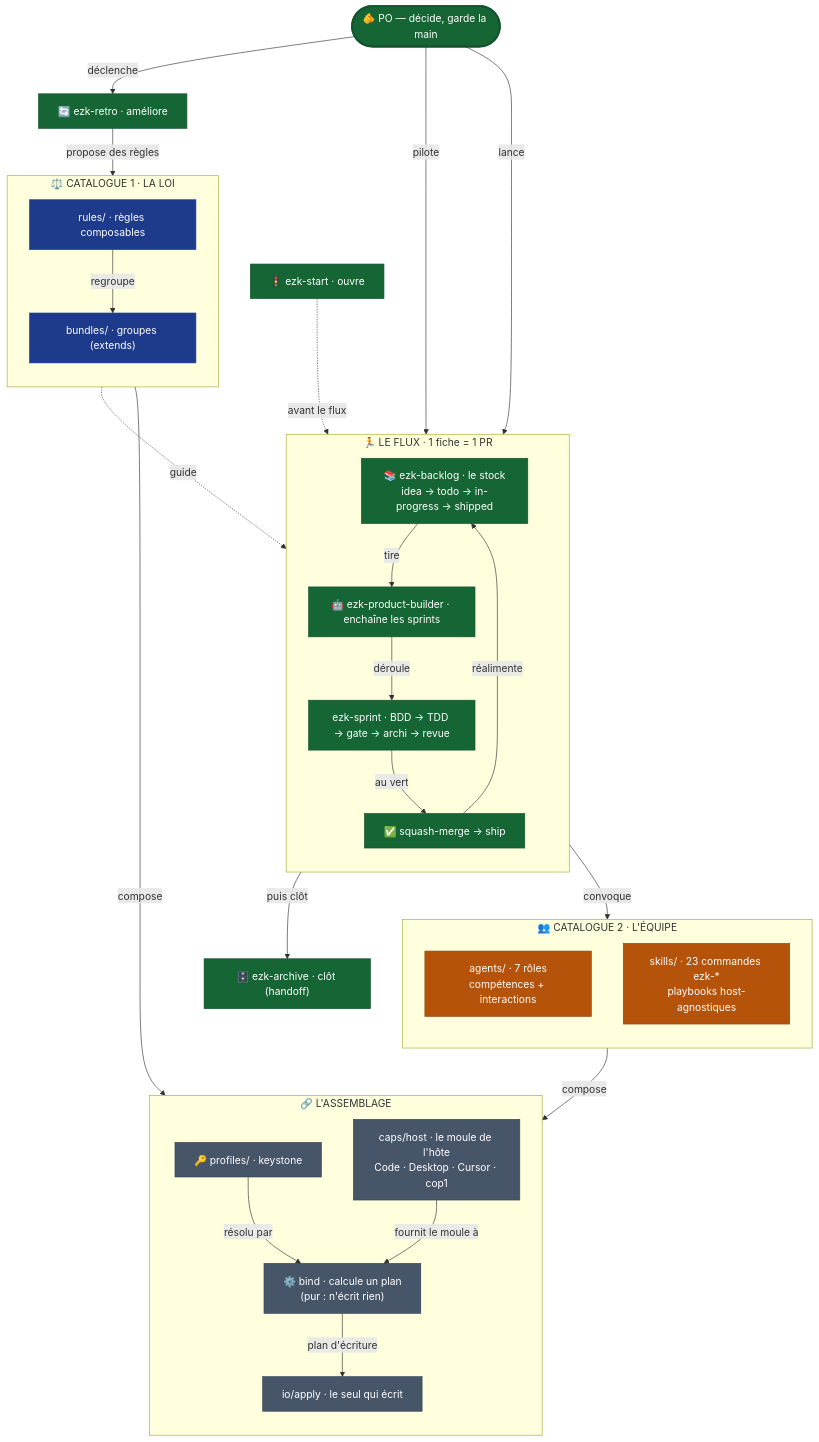
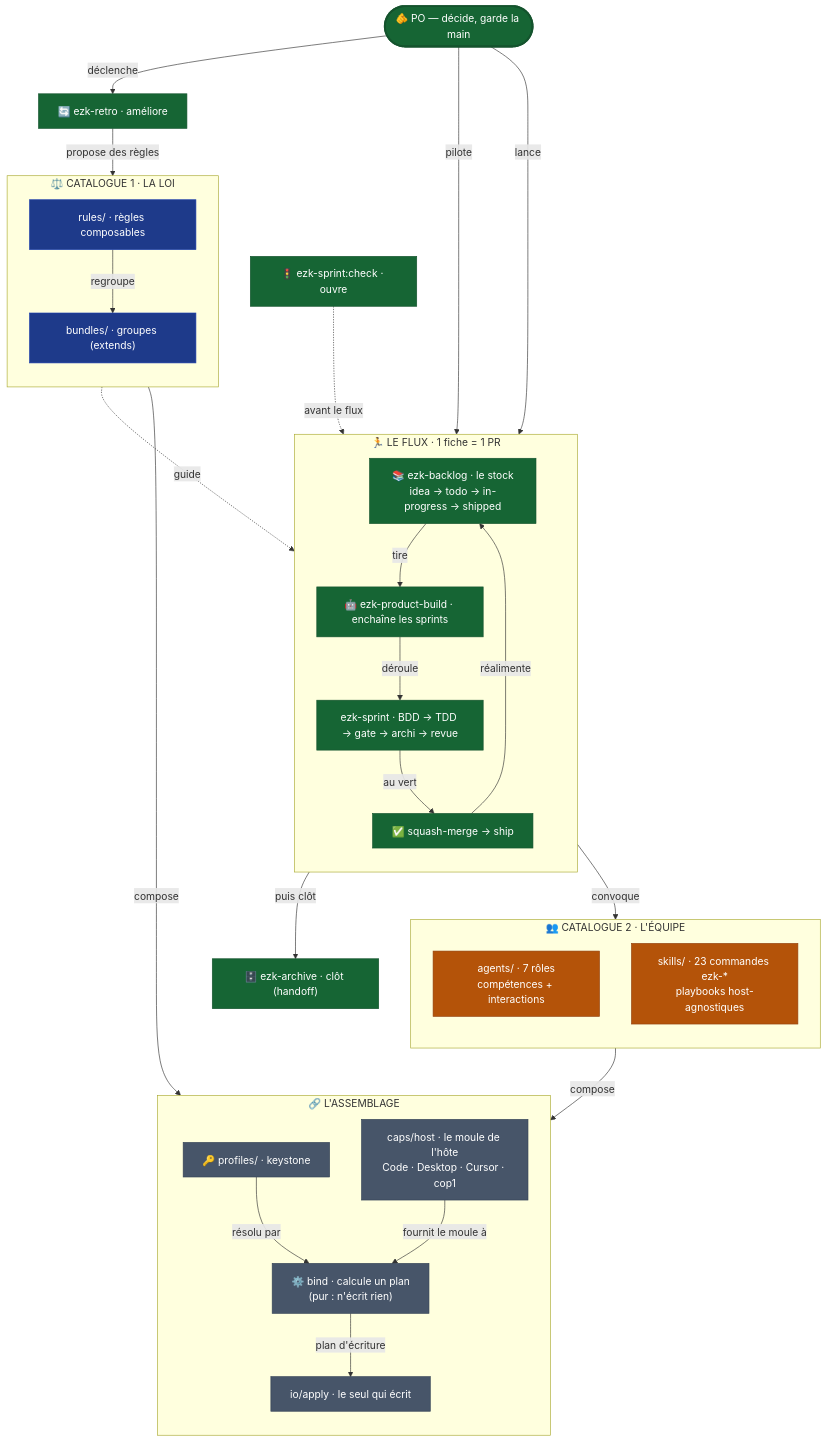
The diagram in diagrams/methode-mega-city/diagram.mmd (elzinko/vectorz), drawn with Mermaid before and after one commit. The commit also changed 164 other files, not shown here.

```diff
--- a/diagrams/methode-mega-city/diagram.mmd
+++ b/diagrams/methode-mega-city/diagram.mmd
@@ -1,57 +1,57 @@
 flowchart TB
     PO(["🫵 PO — décide, garde la main"])
 
     subgraph LOI["⚖️ CATALOGUE 1 · LA LOI"]
         direction TB
         R["rules/ · règles composables"] -->|regroupe| B["bundles/ · groupes (extends)"]
     end
 
     subgraph EQ["👥 CATALOGUE 2 · L'ÉQUIPE"]
         direction TB
         AG["agents/ · 7 rôles<br/>compétences + interactions"]
         SK["skills/ · 23 commandes ezk-*<br/>playbooks host-agnostiques"]
     end
 
     subgraph ASM["🔗 L'ASSEMBLAGE"]
         direction TB
         KEY["🔑 profiles/ · keystone"] -->|résolu par| BIND["⚙️ bind · calcule un plan<br/>(pur : n'écrit rien)"]
         CAPS["caps/host · le moule de l'hôte<br/>Code · Desktop · Cursor · cop1"] -->|fournit le moule à| BIND
         BIND -->|plan d'écriture| APPLY["io/apply · le seul qui écrit"]
     end
 
     subgraph FLOW["🏃 LE FLUX · 1 fiche = 1 PR"]
         direction TB
         BL["📚 ezk-backlog · le stock<br/>idea → todo → in-progress → shipped"]
-        PB["🤖 ezk-product-builder · enchaîne les sprints"]
+        PB["🤖 ezk-product-build · enchaîne les sprints"]
         SP["ezk-sprint · BDD → TDD → gate → archi → revue"]
         SHIP["✅ squash-merge → ship"]
         BL -->|tire| PB -->|déroule| SP -->|au vert| SHIP
     end
 
-    START["🚦 ezk-start · ouvre"]
+    START["🚦 ezk-sprint:check · ouvre"]
     ARCH["🗄️ ezk-archive · clôt (handoff)"]
     RETRO["🔄 ezk-retro · améliore"]
 
     LOI -->|compose| KEY
     EQ -->|compose| KEY
     PO -->|pilote| BL
     PO -->|lance| PB
     SP -->|convoque| AG
     LOI -.->|guide| SP
     SHIP -->|réalimente| BL
     START -.->|avant le flux| BL
     SHIP -->|puis clôt| ARCH
     PO -->|déclenche| RETRO
     RETRO -->|propose des règles| LOI
 
     classDef loi fill:#1e3a8a,stroke:#1e40af,color:#fff;
     classDef eq fill:#b45309,stroke:#92400e,color:#fff;
     classDef flow fill:#166534,stroke:#14532d,color:#fff;
     classDef asm fill:#475569,stroke:#334155,color:#fff;
     classDef po fill:#166534,stroke:#14532d,color:#fff,stroke-width:3px;
 
     class R,B loi;
     class AG,SK eq;
     class BL,PB,SP,SHIP,START,ARCH,RETRO flow;
     class KEY,CAPS,BIND,APPLY asm;
     class PO po;
```
